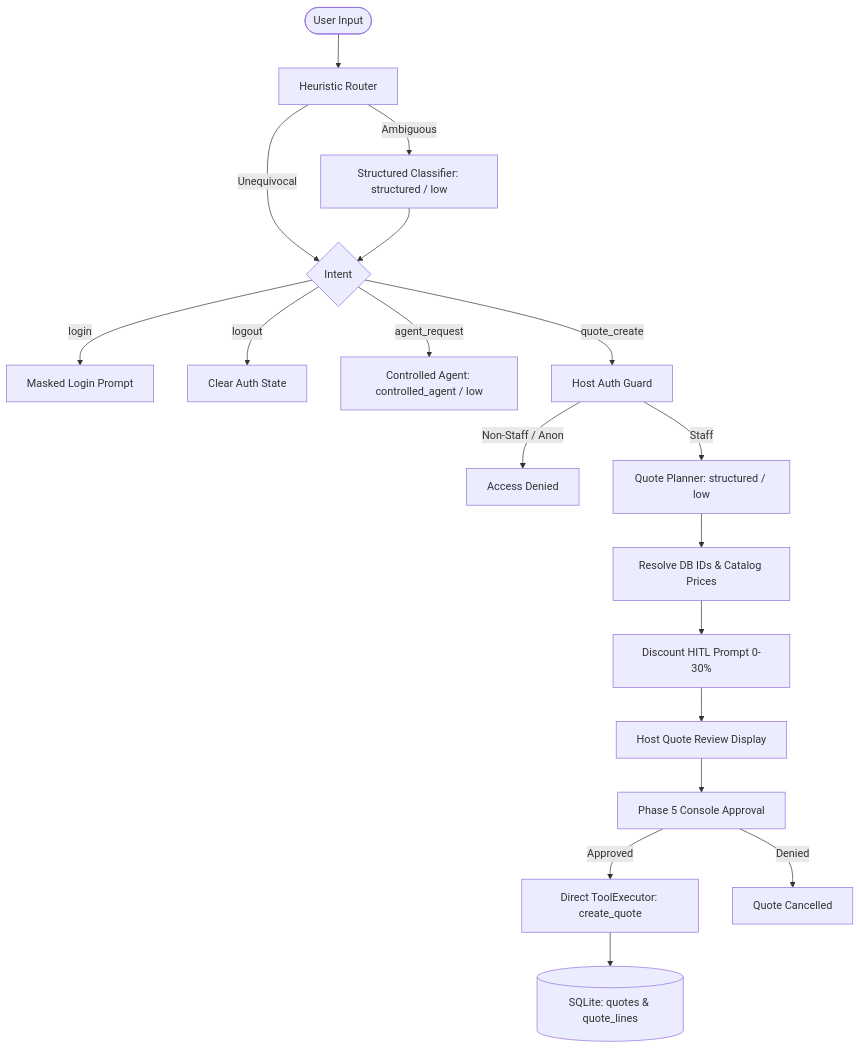
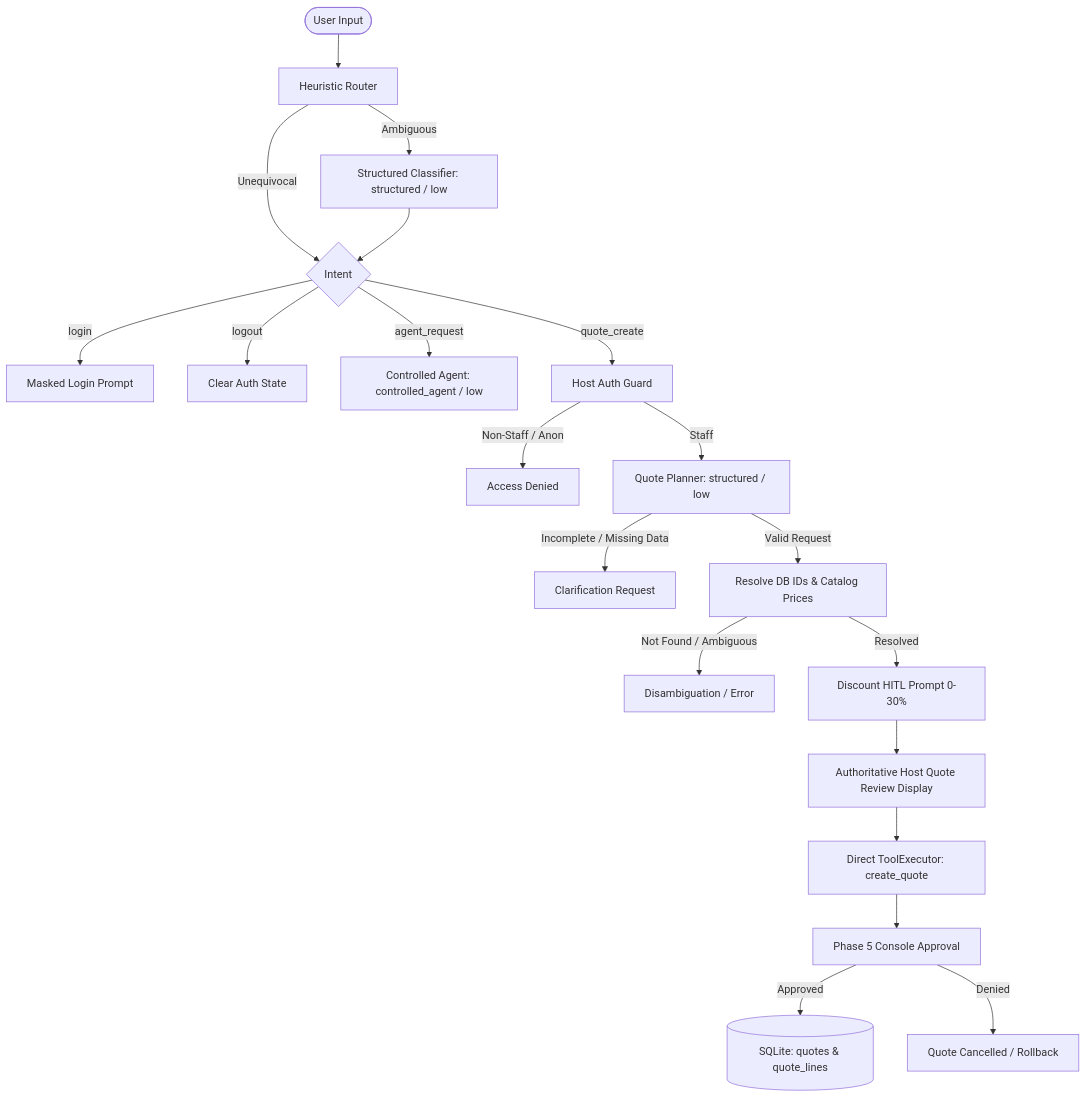
Before and after one commit to fernan2cp/proteo-runtime: the diagram in examples/smart_quote_agent/README.md, drawn with Mermaid. The commit also changed other lines of this file and 1 other file, not shown here.

First line of the commit message:
docs(examples): update Smart Quote Agent implementation guide and README

````diff
--- a/examples/smart_quote_agent/README.md
+++ b/examples/smart_quote_agent/README.md
@@ -15,23 +16,28 @@
 ```mermaid
 flowchart TD
     User([User Input]) --> Router[Heuristic Router]
     Router -->|Unequivocal| DirectBranch{Intent}
     Router -->|Ambiguous| StructuredClassifier[Structured Classifier: structured / low]
     StructuredClassifier --> DirectBranch
 
     DirectBranch -->|login| LoginHITL[Masked Login Prompt]
     DirectBranch -->|logout| Logout[Clear Auth State]
     DirectBranch -->|agent_request| ControlledAgent[Controlled Agent: controlled_agent / low]
     DirectBranch -->|quote_create| AuthGuard[Host Auth Guard]
 
     AuthGuard -->|Non-Staff / Anon| AccessDenied[Access Denied]
     AuthGuard -->|Staff| QuotePlanner[Quote Planner: structured / low]
 
-    QuotePlanner --> ResolveData[Resolve DB IDs & Catalog Prices]
-    ResolveData --> DiscountHITL[Discount HITL Prompt 0-30%]
-    DiscountHITL --> QuoteReview[Host Quote Review Display]
-    QuoteReview --> ApprovalHITL[Phase 5 Console Approval]
-    ApprovalHITL -->|Approved| CreateQuoteTool[Direct ToolExecutor: create_quote]
-    ApprovalHITL -->|Denied| DeniedOutput[Quote Cancelled]
-    CreateQuoteTool --> AtomicWrite[(SQLite: quotes & quote_lines)]
+    QuotePlanner -->|Incomplete / Missing Data| ClarifyPrompt[Clarification Request]
+    QuotePlanner -->|Valid Request| ResolveData[Resolve DB IDs & Catalog Prices]
+
+    ResolveData -->|Not Found / Ambiguous| AmbiguityMessage[Disambiguation / Error]
+    ResolveData -->|Resolved| DiscountHITL[Discount HITL Prompt 0-30%]
+
+    DiscountHITL --> QuoteReview[Authoritative Host Quote Review Display]
+    QuoteReview --> CreateQuoteTool[Direct ToolExecutor: create_quote]
+    CreateQuoteTool --> ApprovalHITL[Phase 5 Console Approval]
+
+    ApprovalHITL -->|Approved| AtomicWrite[(SQLite: quotes & quote_lines)]
+    ApprovalHITL -->|Denied| DeniedOutput[Quote Cancelled / Rollback]
 ```
````
